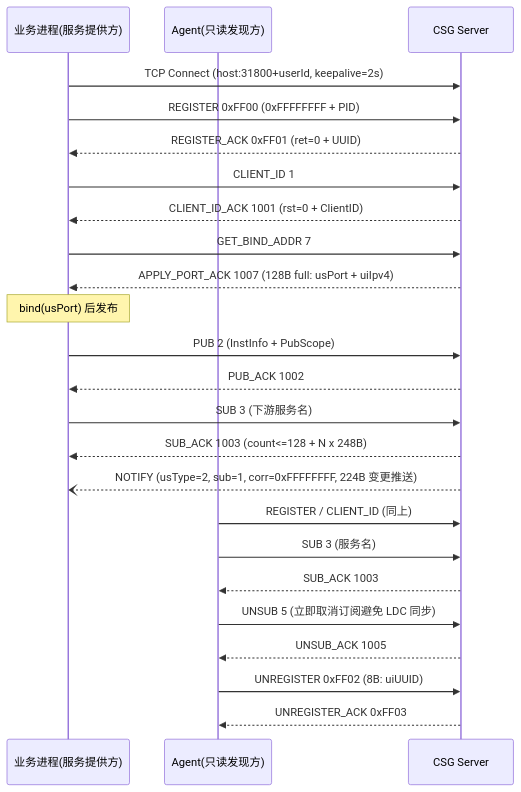
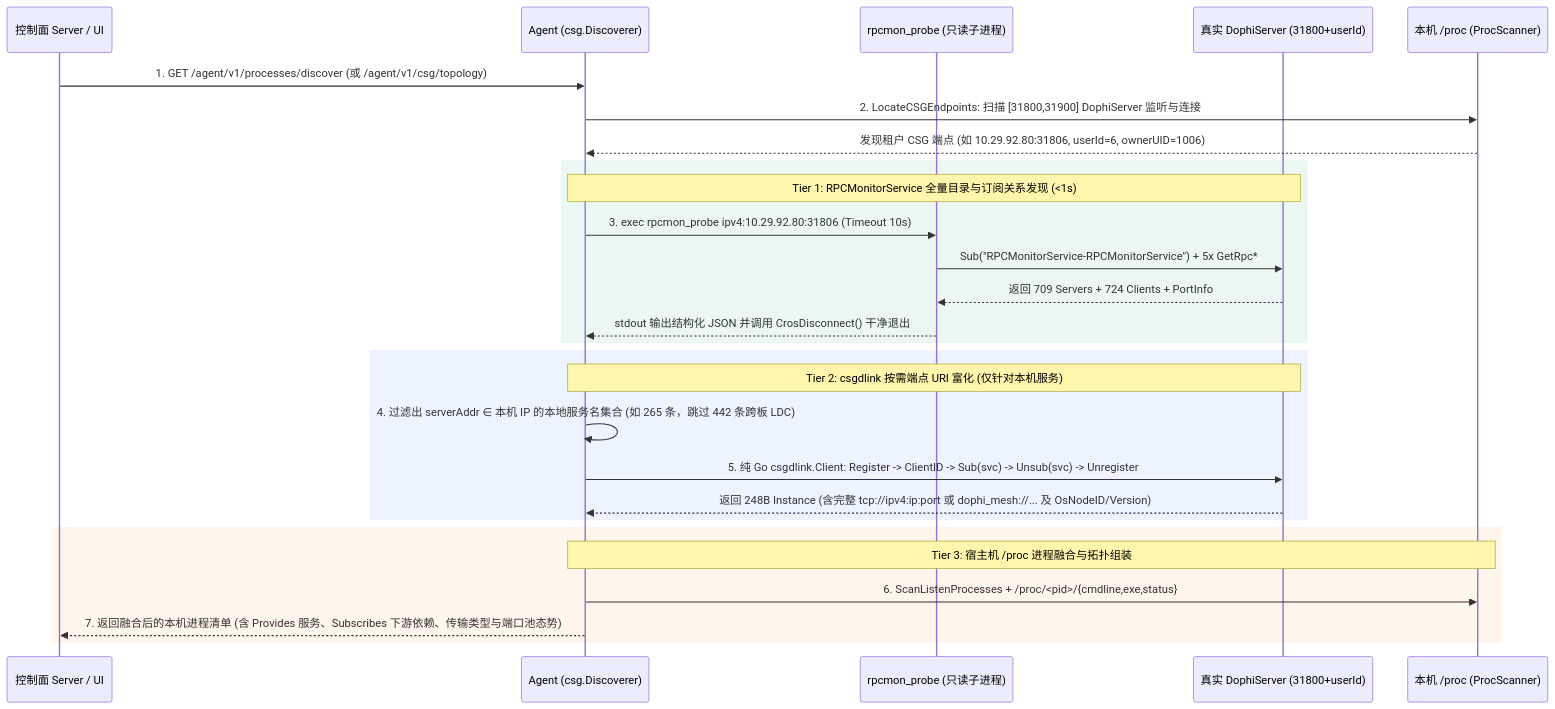
One commit to fugui/code-contract changed the second of 3 diagrams in docs/05-adr/21-csg-aware-agent-service-discovery-and-replay-mock-adr.md. Above: the diagram before and after it, drawn with Mermaid. The commit also changed other lines of this file and 1 other file, not shown here.

Commit message:
docs: 基于 csg-ver 现网实证全面重构 ADR-21 自动发现与多模式仿真测试提案 (v2.0.0)

````diff
--- a/docs/05-adr/21-csg-aware-agent-service-discovery-and-replay-mock-adr.md
+++ b/docs/05-adr/21-csg-aware-agent-service-discovery-and-replay-mock-adr.md
@@ -547,26 +261,33 @@
 ```mermaid
 sequenceDiagram
-    participant P as 业务进程(服务提供方)
-    participant A as Agent(只读发现方)
-    participant S as CSG Server
-    P->>S: TCP Connect (host:31800+userId, keepalive=2s)
-    P->>S: REGISTER 0xFF00 (0xFFFFFFFF + PID)
-    S-->>P: REGISTER_ACK 0xFF01 (ret=0 + UUID)
-    P->>S: CLIENT_ID 1
-    S-->>P: CLIENT_ID_ACK 1001 (rst=0 + ClientID)
-    P->>S: GET_BIND_ADDR 7
-    S-->>P: APPLY_PORT_ACK 1007 (128B full: usPort + uiIpv4)
-    Note over P: bind(usPort) 后发布
-    P->>S: PUB 2 (InstInfo + PubScope)
-    S-->>P: PUB_ACK 1002
-    P->>S: SUB 3 (下游服务名)
-    S-->>P: SUB_ACK 1003 (count<=128 + N x 248B)
-    S--)P: NOTIFY (usType=2, sub=1, corr=0xFFFFFFFF, 224B 变更推送)
-    A->>S: REGISTER / CLIENT_ID (同上)
-    A->>S: SUB 3 (服务名)
-    S-->>A: SUB_ACK 1003
-    A->>S: UNSUB 5 (立即取消订阅避免 LDC 同步)
-    S-->>A: UNSUB_ACK 1005
-    A->>S: UNREGISTER 0xFF02 (8B: uiUUID)
-    S-->>A: UNREGISTER_ACK 0xFF03
+    participant UI as 控制面 Server / UI
+    participant Ag as Agent (csg.Discoverer)
+    participant Probe as rpcmon_probe (只读子进程)
+    participant CSG as 真实 DophiServer (31800+userId)
+    participant Proc as 本机 /proc (ProcScanner)
+
+    UI->>Ag: 1. GET /agent/v1/processes/discover (或 /agent/v1/csg/topology)
+    Ag->>Proc: 2. LocateCSGEndpoints: 扫描 [31800,31900] DophiServer 监听与连接
+    Proc-->>Ag: 发现租户 CSG 端点 (如 10.29.92.80:31806, userId=6, ownerUID=1006)
+    
+    rect rgb(235, 248, 242)
+        Note over Ag,CSG: Tier 1: RPCMonitorService 全量目录与订阅关系发现 (<1s)
+        Ag->>Probe: 3. exec rpcmon_probe ipv4:10.29.92.80:31806 (Timeout 10s)
+        Probe->>CSG: Sub("RPCMonitorService-RPCMonitorService") + 5x GetRpc*
+        CSG-->>Probe: 返回 709 Servers + 724 Clients + PortInfo
+        Probe-->>Ag: stdout 输出结构化 JSON 并调用 CrosDisconnect() 干净退出
+    end
+
+    rect rgb(238, 244, 255)
+        Note over Ag,CSG: Tier 2: csgdlink 按需端点 URI 富化 (仅针对本机服务)
+        Ag->>Ag: 4. 过滤出 serverAddr ∈ 本机 IP 的本地服务名集合 (如 265 条，跳过 442 条跨板 LDC)
+        Ag->>CSG: 5. 纯 Go csgdlink.Client: Register -> ClientID -> Sub(svc) -> Unsub(svc) -> Unregister
+        CSG-->>Ag: 返回 248B Instance (含完整 tcp://ipv4:ip:port 或 dophi_mesh://... 及 OsNodeID/Version)
+    end
+
+    rect rgb(254, 246, 235)
+        Note over Ag,Proc: Tier 3: 宿主机 /proc 进程融合与拓扑组装
+        Ag->>Proc: 6. ScanListenProcesses + /proc/<pid>/{cmdline,exe,status}
+        Ag-->>UI: 7. 返回融合后的本机进程清单 (含 Provides 服务、Subscribes 下游依赖、传输类型与端口池态势)
+    end
 ```
````
